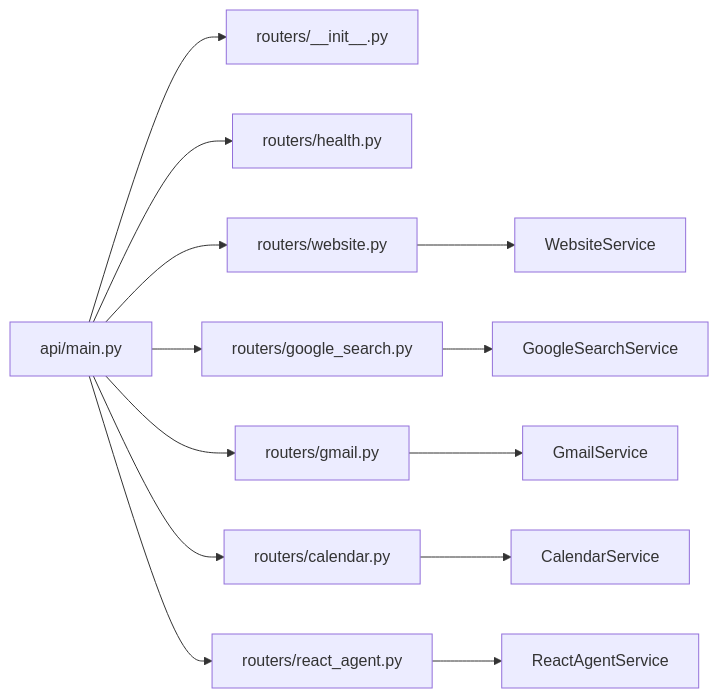
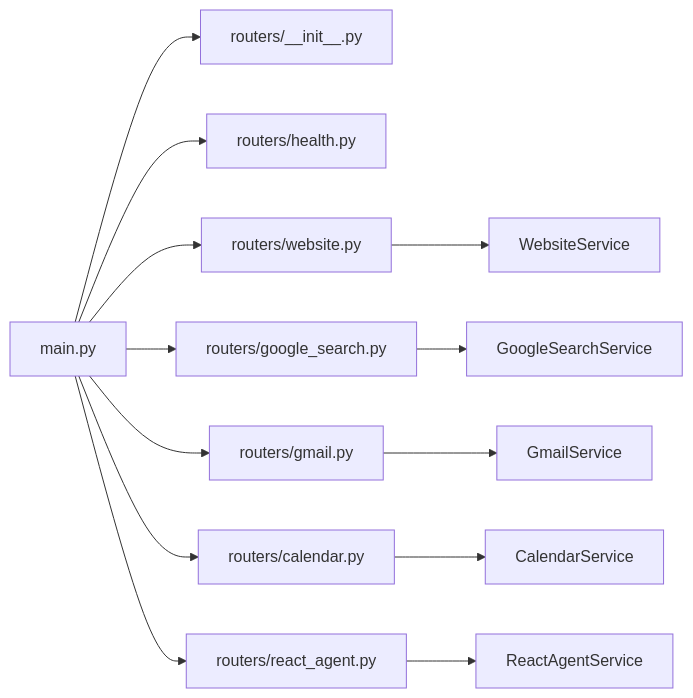
The ninth of 9 diagrams in src/data/docs/agentic-browser/API Server/API Overview.md (tashifkhan/tashif.codes), drawn with Mermaid before and after one commit. The commit also changed other lines of this file and 2128 other files, not shown here.

First line of the commit message:
docs: replace raster diagram images with native Mermaid across project guides

````diff
--- a/src/data/docs/agentic-browser/API Server/API Overview.md
+++ b/src/data/docs/agentic-browser/API Server/API Overview.md
@@ -281,15 +277,15 @@
 ```mermaid
 graph LR
-MAIN["api/main.py"] --> RINIT["routers/__init__.py"]
+MAIN["main.py"] --> RINIT["routers/__init__.py"]
 MAIN --> HEALTH["routers/health.py"]
 MAIN --> WEBSITE["routers/website.py"]
 MAIN --> GOOGLE["routers/google_search.py"]
 MAIN --> GMAIL["routers/gmail.py"]
 MAIN --> CALENDAR["routers/calendar.py"]
 MAIN --> REACT["routers/react_agent.py"]
 WEBSITE --> WSVC["WebsiteService"]
 GOOGLE --> GSS["GoogleSearchService"]
 GMAIL --> GSVC["GmailService"]
 CALENDAR --> CSVC["CalendarService"]
 REACT --> RAS["ReactAgentService"]
 ```
````
